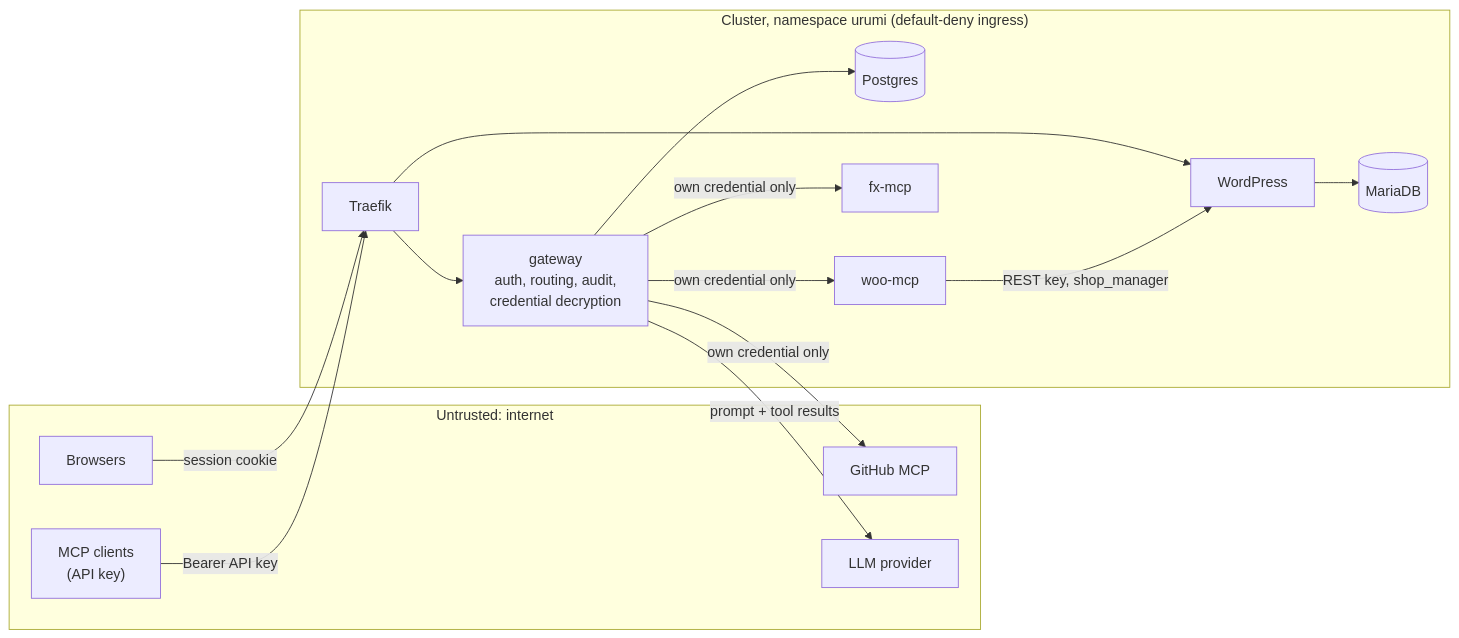
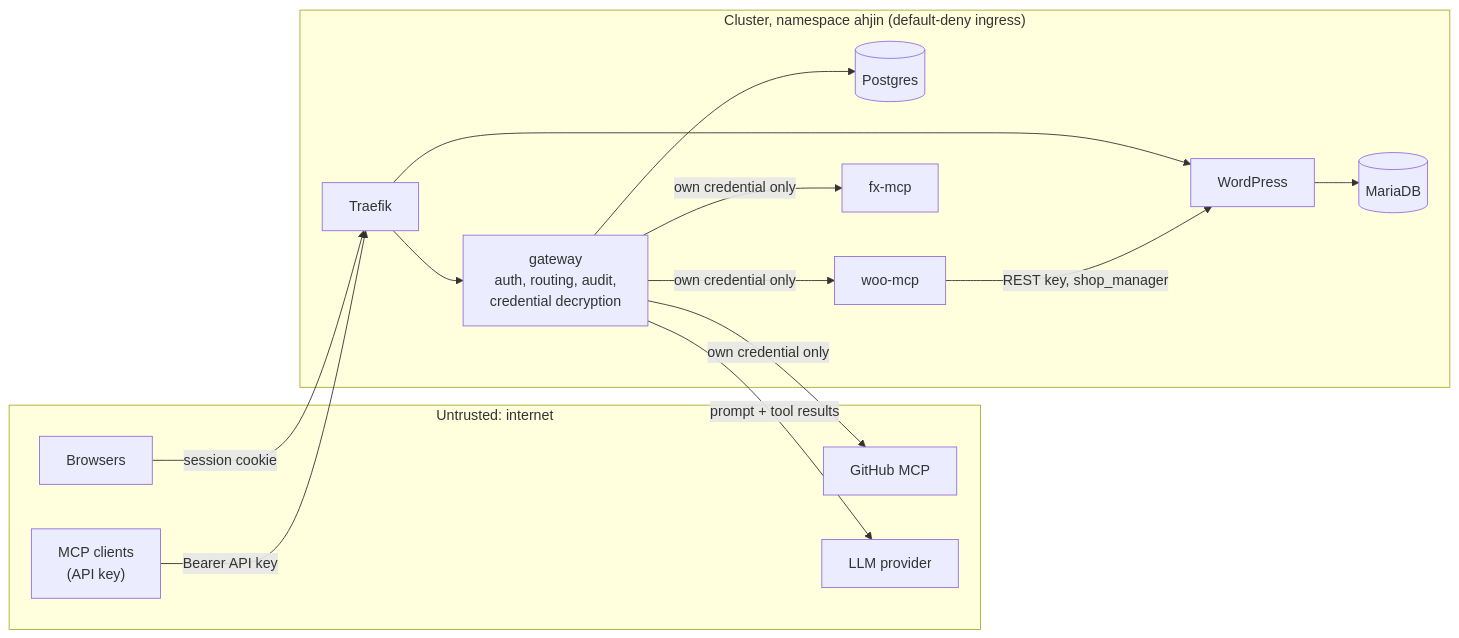
The diagram in docs/threat-model.md (Mohan0112/Merchant_MCP_gateway), drawn with Mermaid before and after one commit. The commit also changed other lines of this file and 135 other files, not shown here.

````diff
--- a/docs/threat-model.md
+++ b/docs/threat-model.md
@@ -16,29 +16,29 @@
 ```mermaid
 flowchart LR
     subgraph internet["Untrusted: internet"]
         browser["Browsers"]
         client["MCP clients<br/>(API key)"]
         gh["GitHub MCP"]
         llm["LLM provider"]
     end
-    subgraph cluster["Cluster, namespace urumi (default-deny ingress)"]
+    subgraph cluster["Cluster, namespace ahjin (default-deny ingress)"]
         traefik["Traefik"]
         gw["gateway<br/>auth, routing, audit,<br/>credential decryption"]
         pg[("Postgres")]
         woo["woo-mcp"]
         fx["fx-mcp"]
         wp["WordPress"]
         db[("MariaDB")]
     end
     browser -- "session cookie" --> traefik
     client -- "Bearer API key" --> traefik
     traefik --> gw
     traefik --> wp
     gw -- "own credential only" --> woo
     gw -- "own credential only" --> fx
     gw -- "own credential only" --> gh
     gw -- "prompt + tool results" --> llm
     gw --> pg
     woo -- "REST key, shop_manager" --> wp
     wp --> db
 ```
````
